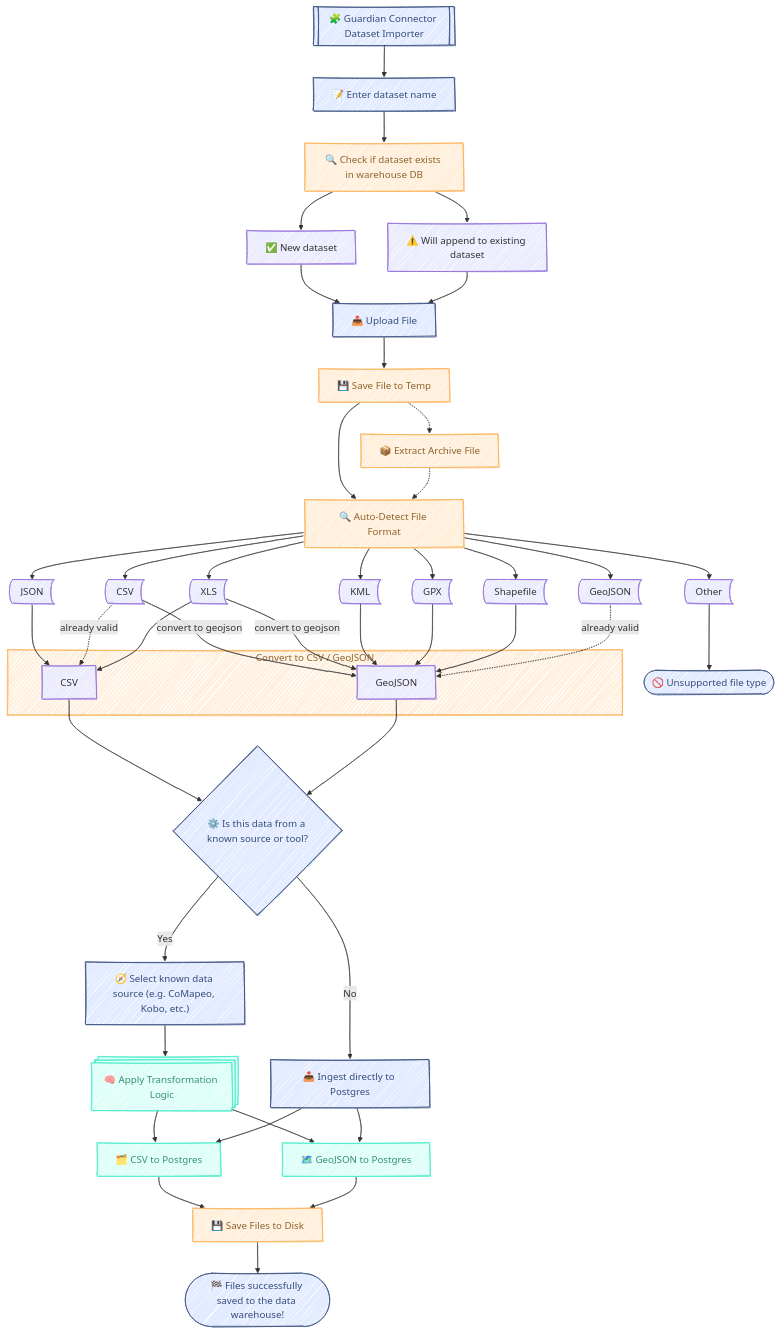
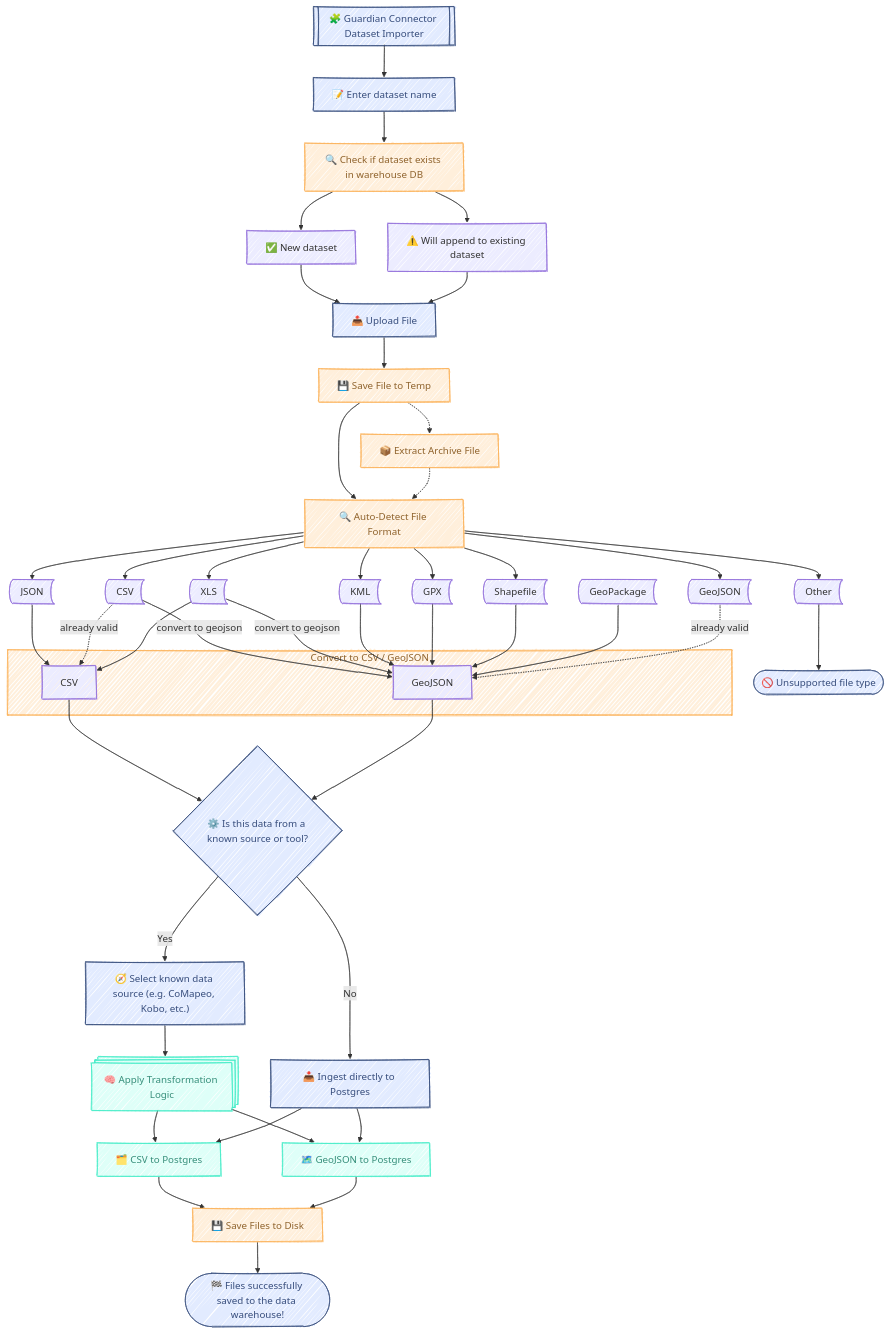
Before and after one commit to ConservationMetrics/gc-scripts-hub: the diagram in f/apps/gc_dataset_importer.app/README.md, drawn with Mermaid. The commit also changed other lines of this file and 1 other file, not shown here.

Commit message:
Adapt READMEs

```diff
--- a/f/apps/gc_dataset_importer.app/README.md
+++ b/f/apps/gc_dataset_importer.app/README.md
@@ -82,6 +82,7 @@
     KML --> GeoJSON
     GPX --> GeoJSON
     Shapefile --> GeoJSON
+    GeoPackage --> GeoJSON
     GeoJSON2 -. already valid .-> GeoJSON
 
  %% Optional transformation
@@ -109,6 +110,7 @@
     CSV2@{ shape: stored-data}
     GPX@{ shape: stored-data}
     Shapefile@{ shape: stored-data}
+    GeoPackage@{ shape: stored-data}
     Other@{ shape: stored-data}
     BusinessLogic@{ shape: procs}
 
```
